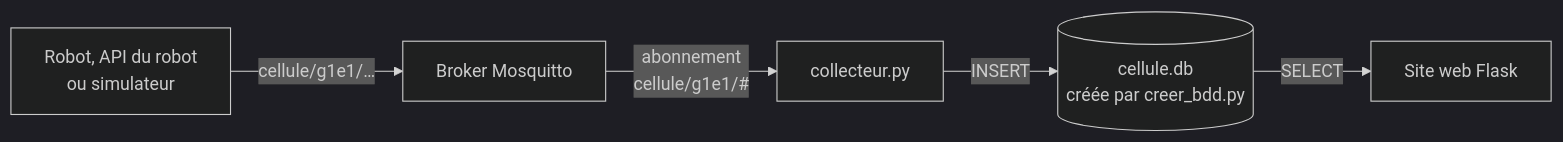
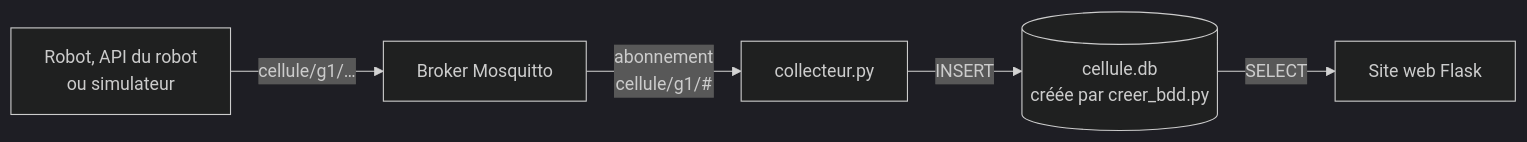
Before and after one commit to fabrice1618/niryo2: the diagram in collecteur/README.md, drawn with Mermaid (dark theme). The commit also changed other lines of this file and 37 other files, not shown here.

````diff
--- a/collecteur/README.md
+++ b/collecteur/README.md
@@ -7,7 +7,7 @@
 ```mermaid
 flowchart LR
-    R["Robot, API du robot<br/>ou simulateur"] -- "cellule/g1e1/…" --> B["Broker Mosquitto"]
-    B -- "abonnement<br/>cellule/g1e1/#" --> C["collecteur.py"]
+    R["Robot, API du robot<br/>ou simulateur"] -- "cellule/g1/…" --> B["Broker Mosquitto"]
+    B -- "abonnement<br/>cellule/g1/#" --> C["collecteur.py"]
     C -- "INSERT" --> DB[("cellule.db<br/>créée par creer_bdd.py")]
     DB -- "SELECT" --> W["Site web Flask"]
 ```
````
